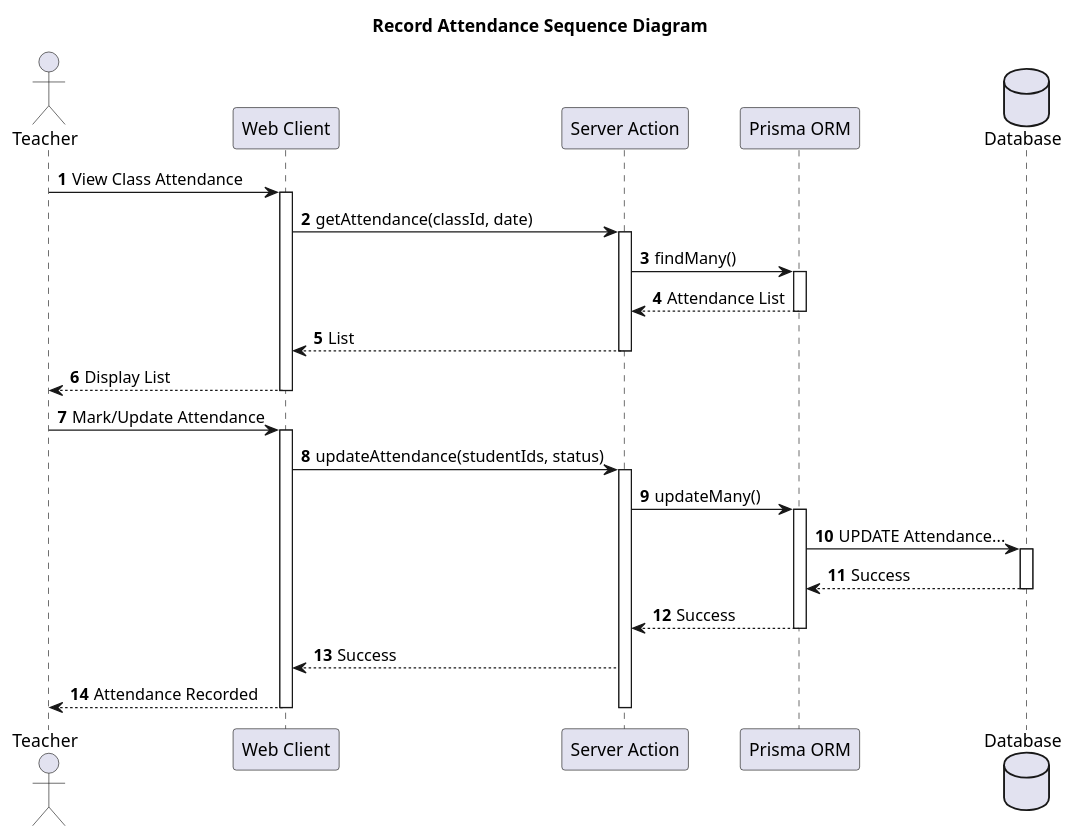
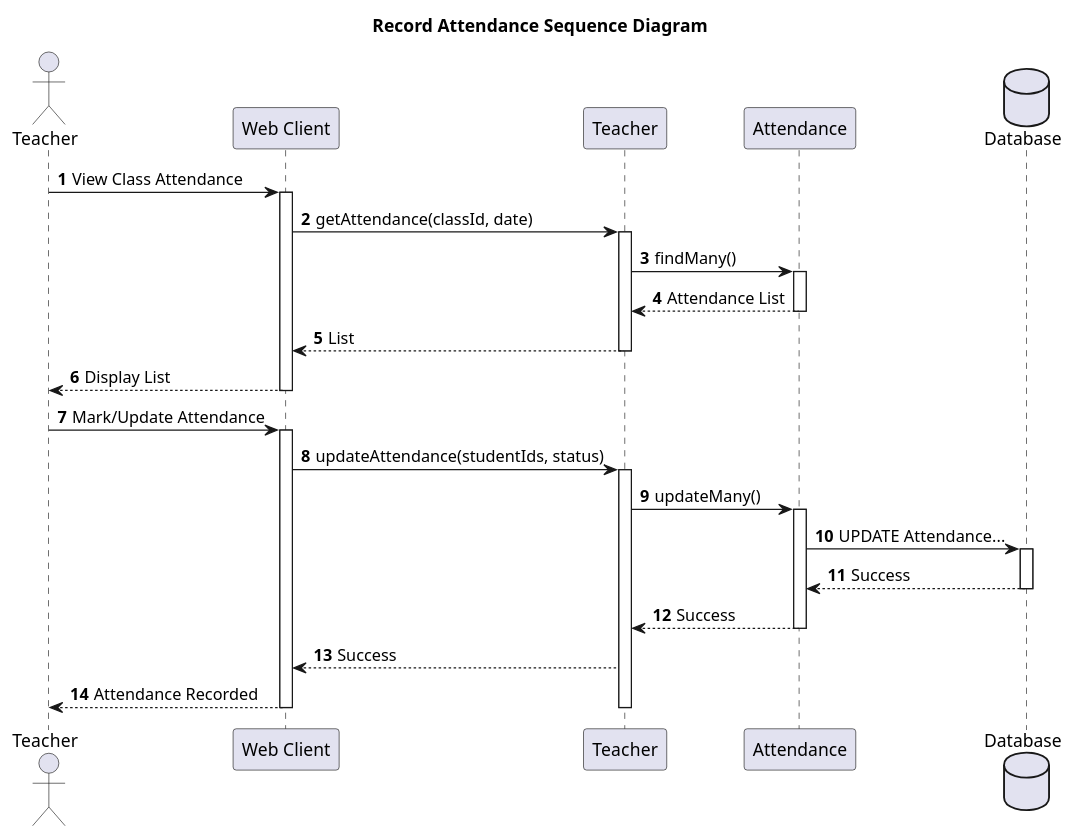
Before and after one commit to rafifgpt21-ai/jalms: the diagram in design-summary/sequence-diagram/sequence-diagram-teacher-record-attendance.puml, drawn with PlantUML. The commit also changed 36 other files, not shown here.

```diff
--- a/design-summary/sequence-diagram/sequence-diagram-teacher-record-attendance.puml
+++ b/design-summary/sequence-diagram/sequence-diagram-teacher-record-attendance.puml
@@ -1,41 +1,41 @@
 @startuml
 title Record Attendance Sequence Diagram
 autonumber
 
 actor "Teacher" as Teacher
-participant "Web Client" as UI
-participant "Server Action" as Action
-participant "Prisma ORM" as Prisma
-database "Database" as DB
+participant "Web Client" as Client
+participant "Teacher" as TeacherClass
+participant "Attendance" as Attendance
+database "Database" as Database
 
-Teacher -> UI: View Class Attendance
-activate UI
-UI -> Action: getAttendance(classId, date)
-activate Action
-Action -> Prisma: findMany()
-activate Prisma
-Prisma --> Action: Attendance List
-deactivate Prisma
-Action --> UI: List
-deactivate Action
-UI --> Teacher: Display List
-deactivate UI
+Teacher -> Client: View Class Attendance
+activate Client
+Client -> TeacherClass: getAttendance(classId, date)
+activate TeacherClass
+TeacherClass -> Attendance: findMany()
+activate Attendance
+Attendance --> TeacherClass: Attendance List
+deactivate Attendance
+TeacherClass --> Client: List
+deactivate TeacherClass
+Client --> Teacher: Display List
+deactivate Client
 
-Teacher -> UI: Mark/Update Attendance
-activate UI
-UI -> Action: updateAttendance(studentIds, status)
-activate Action
-Action -> Prisma: updateMany()
-activate Prisma
-Prisma -> DB: UPDATE Attendance...
-activate DB
-DB --> Prisma: Success
-deactivate DB
-Prisma --> Action: Success
-deactivate Prisma
-Action --> UI: Success
-UI --> Teacher: Attendance Recorded
-deactivate Action
-deactivate UI
+Teacher -> Client: Mark/Update Attendance
+activate Client
+Client -> TeacherClass: updateAttendance(studentIds, status)
+activate TeacherClass
+TeacherClass -> Attendance: updateMany()
+activate Attendance
+Attendance -> Database: UPDATE Attendance...
+activate Database
+Database --> Attendance: Success
+deactivate Database
+Attendance --> TeacherClass: Success
+deactivate Attendance
+TeacherClass --> Client: Success
+Client --> Teacher: Attendance Recorded
+deactivate TeacherClass
+deactivate Client
 
 @enduml
```
